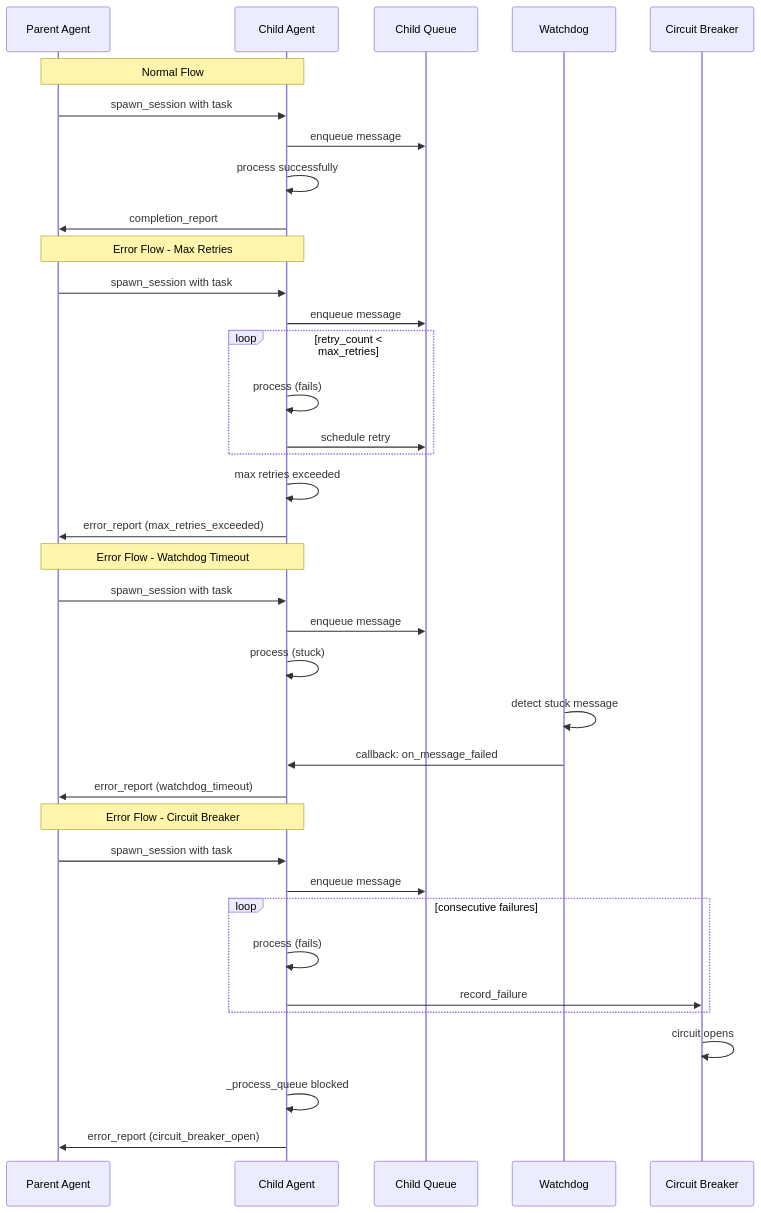
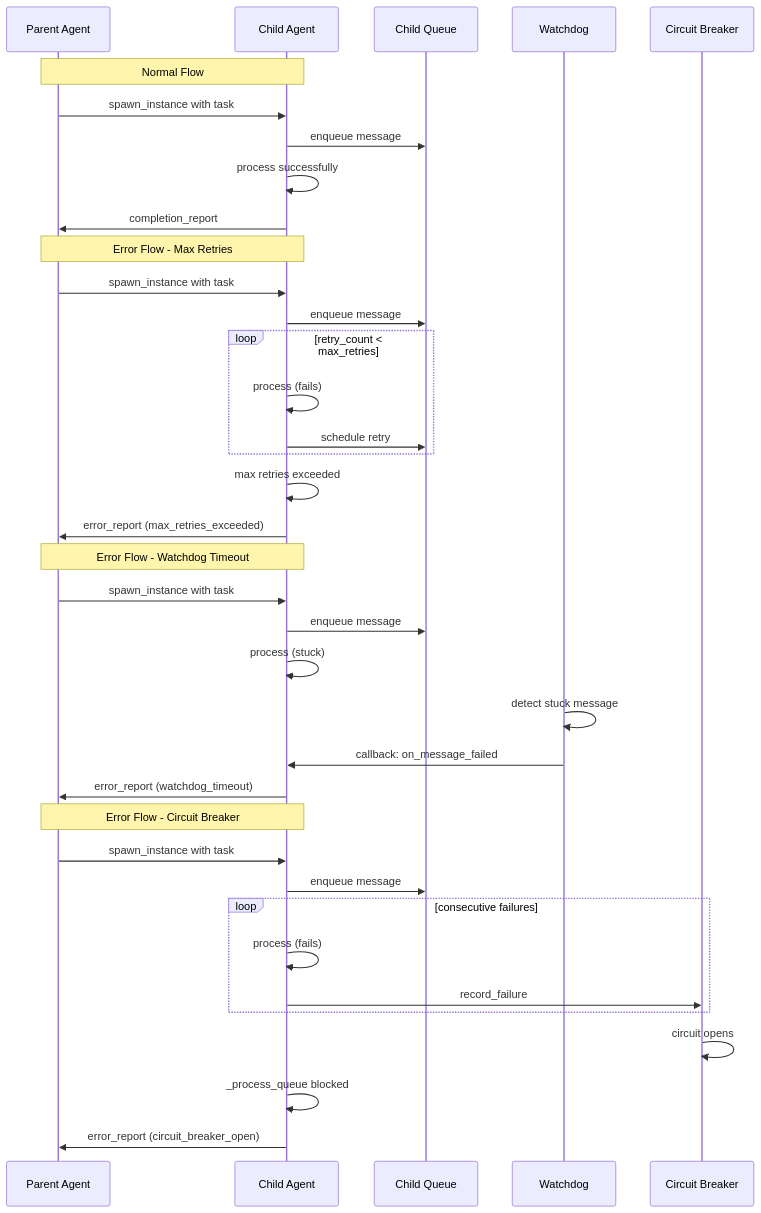
Before and after one commit to disillusioners/ensemble: the second of 3 diagrams in docs/child-agent-error-reporting.md, drawn with Mermaid. The commit also changed other lines of this file and 19 other files, not shown here.

First line of the commit message:
refactor: rename session→instance in agent definitions and documentation (Phase 9)

````diff
--- a/docs/child-agent-error-reporting.md
+++ b/docs/child-agent-error-reporting.md
@@ -42,43 +42,43 @@
 ```mermaid
 sequenceDiagram
     participant P as Parent Agent
     participant C as Child Agent
     participant Q as Child Queue
     participant W as Watchdog
     participant CB as Circuit Breaker
     
     Note over P,C: Normal Flow
-    P->>C: spawn_session with task
+    P->>C: spawn_instance with task
     C->>Q: enqueue message
     C->>C: process successfully
     C->>P: completion_report
     
     Note over P,C: Error Flow - Max Retries
-    P->>C: spawn_session with task
+    P->>C: spawn_instance with task
     C->>Q: enqueue message
     loop retry_count < max_retries
         C->>C: process (fails)
         C->>Q: schedule retry
     end
     C->>C: max retries exceeded
     C->>P: error_report (max_retries_exceeded)
     
     Note over P,C: Error Flow - Watchdog Timeout
-    P->>C: spawn_session with task
+    P->>C: spawn_instance with task
     C->>Q: enqueue message
     C->>C: process (stuck)
     W->>W: detect stuck message
     W->>C: callback: on_message_failed
     C->>P: error_report (watchdog_timeout)
     
     Note over P,C: Error Flow - Circuit Breaker
-    P->>C: spawn_session with task
+    P->>C: spawn_instance with task
     C->>Q: enqueue message
     loop consecutive failures
         C->>C: process (fails)
         C->>CB: record_failure
     end
     CB->>CB: circuit opens
     C->>C: _process_queue blocked
     C->>P: error_report (circuit_breaker_open)
 ```
````
